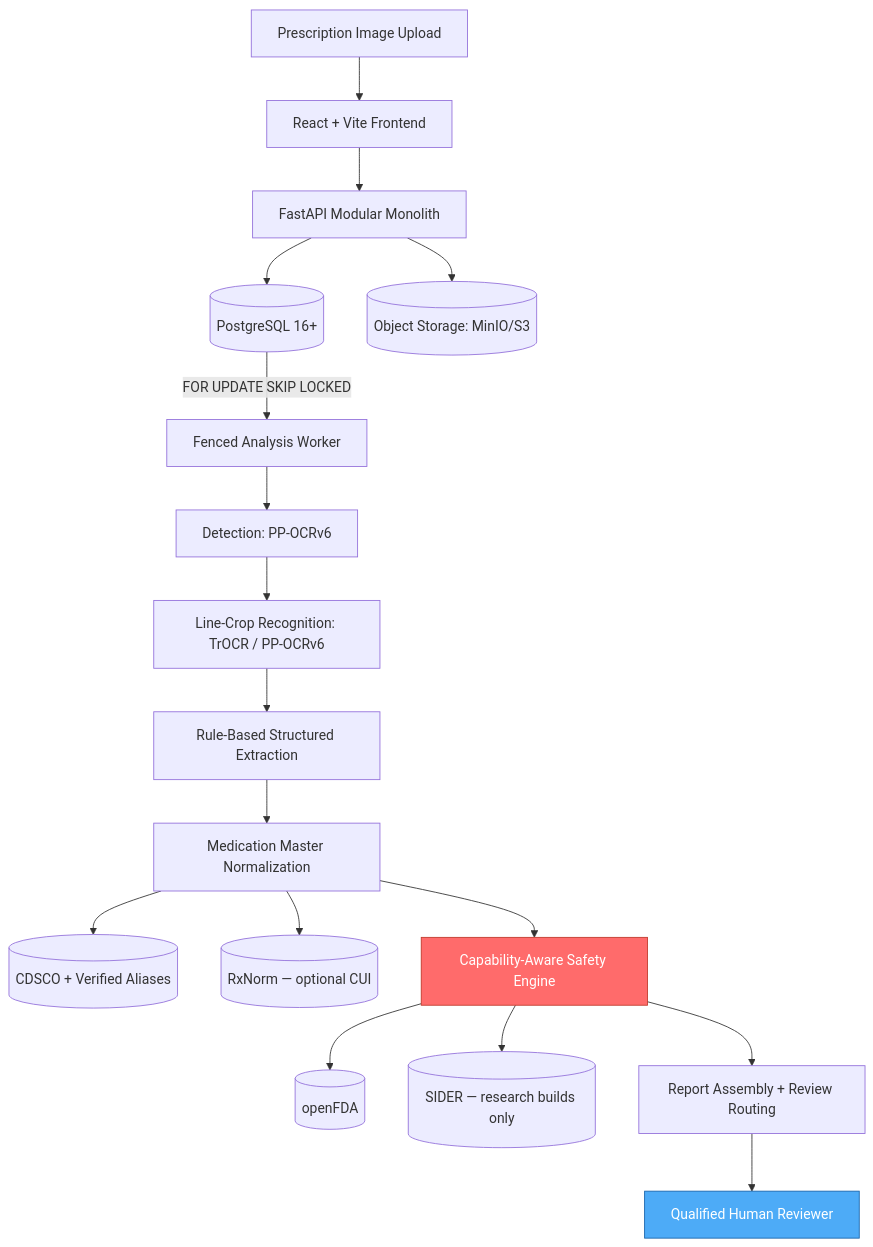
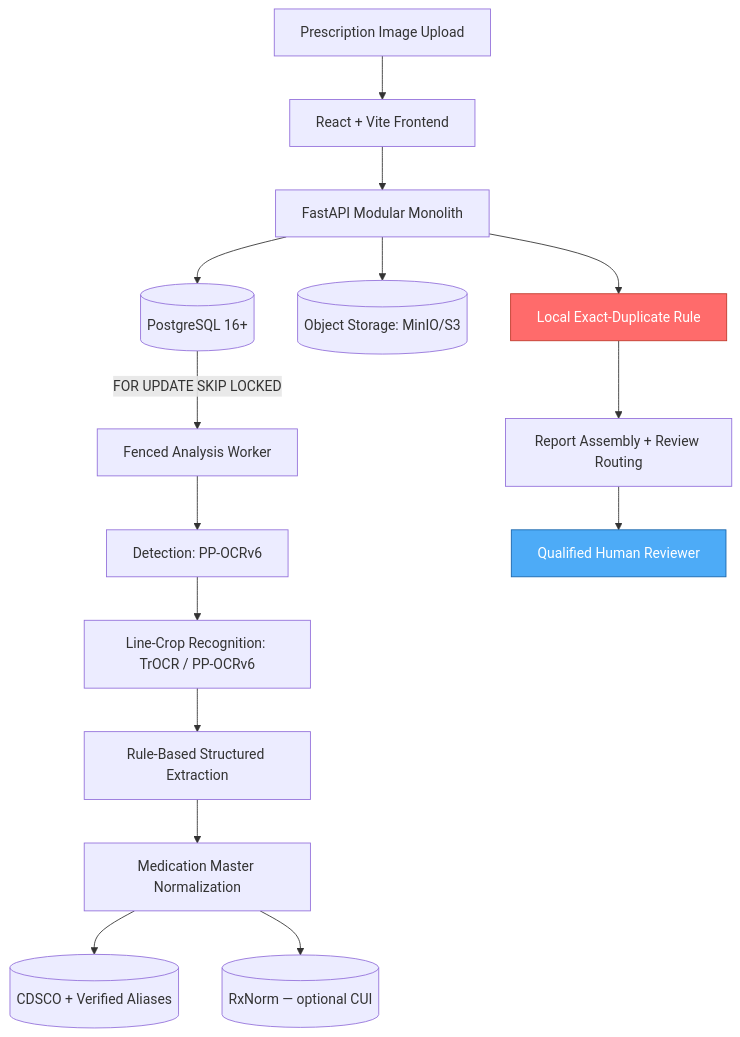
One commit to dipak0000812/Prescripto-2.0 changed the first of 2 diagrams in README.md. Above: the diagram before and after it, drawn with Mermaid. The commit also changed other lines of this file and 4 other files, not shown here.

````diff
--- a/README.md
+++ b/README.md
@@ -85,22 +86,20 @@
 ```mermaid
 graph TD
     A[Prescription Image Upload] --> B[React + Vite Frontend]
     B --> C[FastAPI Modular Monolith]
     C --> D[(PostgreSQL 16+)]
     C --> E[(Object Storage: MinIO/S3)]
     D -->|FOR UPDATE SKIP LOCKED| F[Fenced Analysis Worker]
     F --> G[Detection: PP-OCRv6]
     G --> H[Line-Crop Recognition: TrOCR / PP-OCRv6]
     H --> I[Rule-Based Structured Extraction]
     I --> J[Medication Master Normalization]
     J --> J1[(CDSCO + Verified Aliases)]
     J --> J2[(RxNorm — optional CUI)]
-    J --> K[Capability-Aware Safety Engine]
-    K --> K1[(openFDA)]
-    K --> K2[(SIDER — research builds only)]
+    C --> K[Local Exact-Duplicate Rule]
     K --> L[Report Assembly + Review Routing]
     L --> M[Qualified Human Reviewer]
 
     style K fill:#ff6b6b,stroke:#c0392b,color:#fff
     style M fill:#4dabf7,stroke:#1864ab,color:#fff
 ```
````
